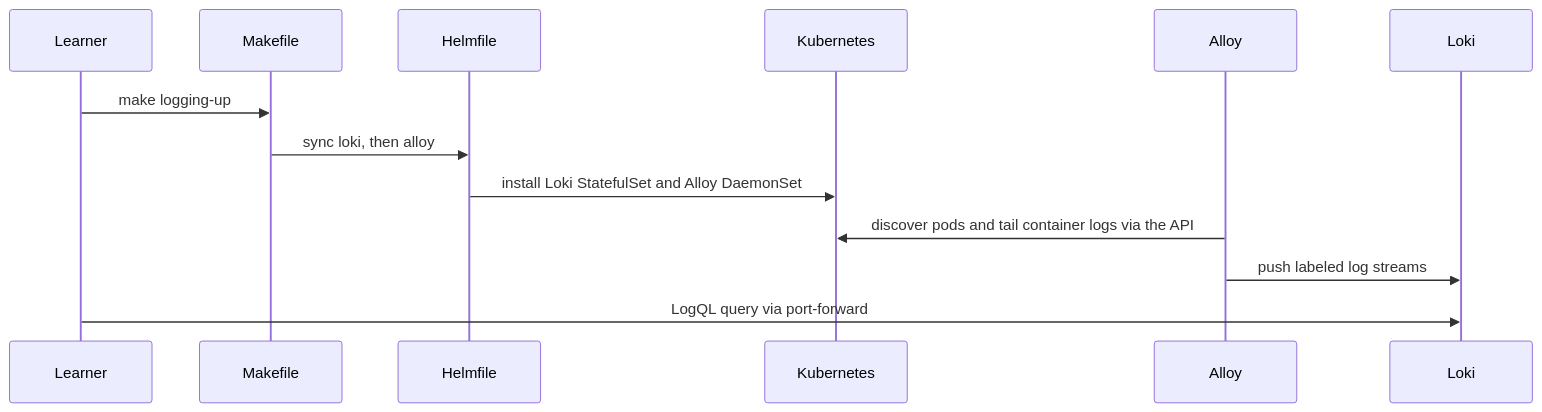
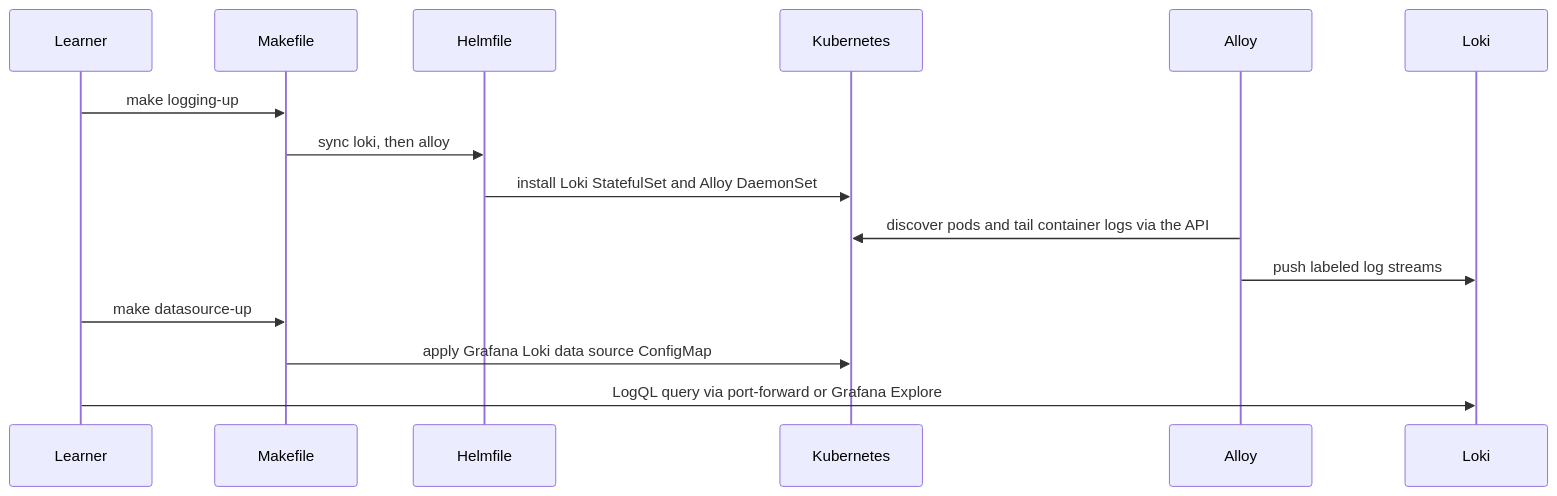
The third of 4 diagrams in docs/architecture.md (AbdulRahmanAlHamali/5percent-observability), drawn with Mermaid before and after one commit. The commit also changed other lines of this file and 5 other files, not shown here.

First line of the commit message:
Provision Loki as a Grafana data source

````diff
--- a/docs/architecture.md
+++ b/docs/architecture.md
@@ -68,16 +72,18 @@
 ```mermaid
 sequenceDiagram
   participant Learner
   participant Make as Makefile
   participant Helmfile
   participant Kubernetes
   participant Alloy
   participant Loki
 
   Learner->>Make: make logging-up
   Make->>Helmfile: sync loki, then alloy
   Helmfile->>Kubernetes: install Loki StatefulSet and Alloy DaemonSet
   Alloy->>Kubernetes: discover pods and tail container logs via the API
   Alloy->>Loki: push labeled log streams
-  Learner->>Loki: LogQL query via port-forward
+  Learner->>Make: make datasource-up
+  Make->>Kubernetes: apply Grafana Loki data source ConfigMap
+  Learner->>Loki: LogQL query via port-forward or Grafana Explore
 ```
````
